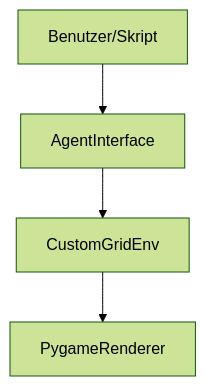
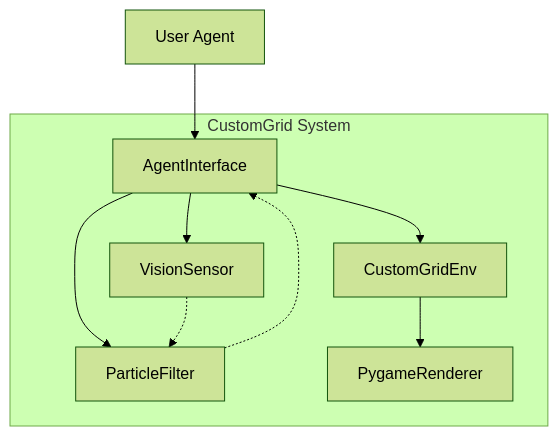
One commit to dgaida/adversarial2dEnvAI changed the first of 3 diagrams in docs/de/architecture/index.md. Above: the diagram before and after it, drawn with Mermaid (forest theme). The commit also changed other lines of this file and 30 other files, not shown here.

````diff
--- a/docs/de/architecture/index.md
+++ b/docs/de/architecture/index.md
@@ -5,6 +9,18 @@
 ```mermaid
 graph TD
-    User[Benutzer/Skript] --> Interface[AgentInterface]
-    Interface --> Env[CustomGridEnv]
-    Env --> Renderer[PygameRenderer]
+    subgraph "CustomGrid System"
+        Interface[AgentInterface]
+        Env[CustomGridEnv]
+        PF[ParticleFilter]
+        Vision[VisionSensor]
+        Renderer[PygameRenderer]
+    end
+
+    UserAgent[User Agent] --> Interface
+    Interface --> Env
+    Interface --> PF
+    Interface --> Vision
+    Env --> Renderer
+    Vision -.-> PF
+    PF -.-> Interface
 ```
````
